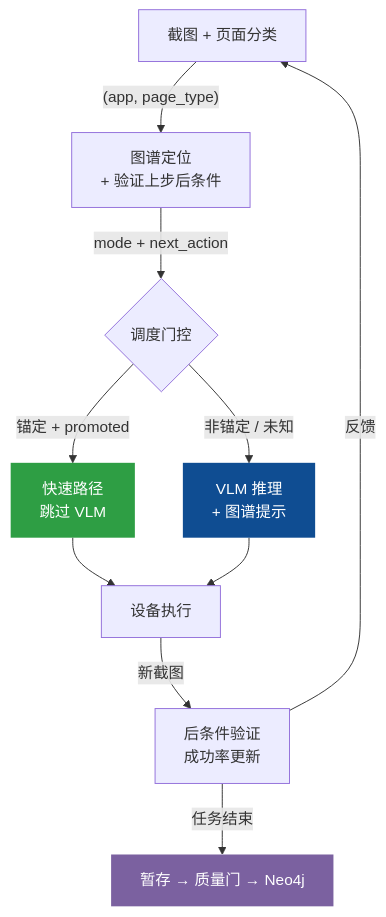
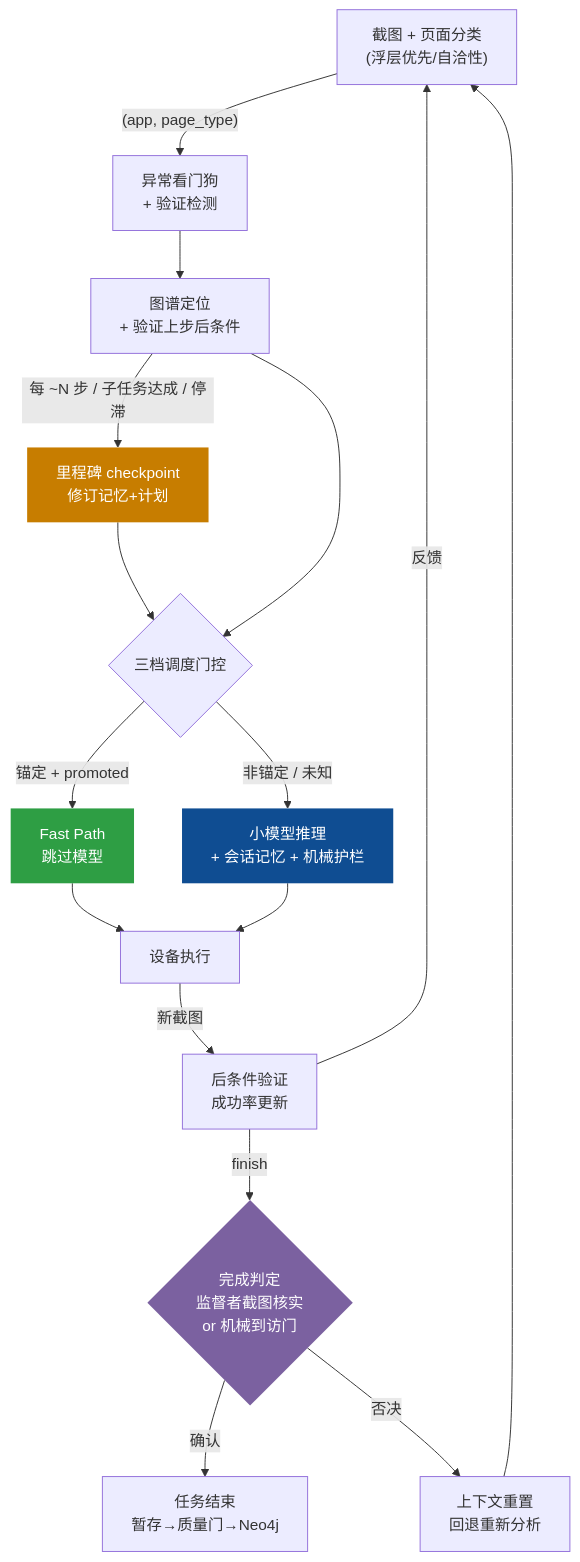
Before and after one commit to He2y/ShoppingClaw: the diagram in phone_agent/docs/ARCHITECTURE_CN.md, drawn with Mermaid. The commit also changed other lines of this file and 1 other file, not shown here.

First line of the commit message:
docs: rewrite ARCHITECTURE EN/CN for the milestone-supervised hybrid design

````diff
--- a/phone_agent/docs/ARCHITECTURE_CN.md
+++ b/phone_agent/docs/ARCHITECTURE_CN.md
@@ -100,16 +117,23 @@
 ```mermaid
 flowchart TD
-    A["截图 + 页面分类"] -->|"(app, page_type)"| B["图谱定位\n+ 验证上步后条件"]
-    B -->|"mode + next_action"| C{"调度门控"}
-    C -->|"锚定 + promoted"| D["快速路径\n跳过 VLM"]
-    C -->|"非锚定 / 未知"| E["VLM 推理\n+ 图谱提示"]
-    D --> F["设备执行"]
-    E --> F
-    F -->|"新截图"| G["后条件验证\n成功率更新"]
-    G -->|"反馈"| A
-    G -->|"任务结束"| H["暂存 → 质量门 → Neo4j"]
+    A["截图 + 页面分类<br/>(浮层优先/自洽性)"] -->|"(app, page_type)"| B["异常看门狗<br/>+ 验证检测"]
+    B --> C["图谱定位<br/>+ 验证上步后条件"]
+    C -->|"每 ~N 步 / 子任务达成 / 停滞"| M["里程碑 checkpoint<br/>修订记忆+计划"]
+    M --> D{"三档调度门控"}
+    C --> D
+    D -->|"锚定 + promoted"| E["Fast Path<br/>跳过模型"]
+    D -->|"非锚定 / 未知"| F["小模型推理<br/>+ 会话记忆 + 机械护栏"]
+    E --> G["设备执行"]
+    F --> G
+    G -->|"新截图"| H["后条件验证<br/>成功率更新"]
+    H -->|"反馈"| A
+    H -->|"finish"| I{"完成判定<br/>监督者截图核实<br/>or 机械到访门"}
+    I -->|"确认"| J["任务结束<br/>暂存→质量门→Neo4j"]
+    I -->|"否决"| K["上下文重置<br/>回退重新分析"]
+    K --> A
 
-    style D fill:#2E9E44,color:#fff,stroke:none
-    style E fill:#0F4D92,color:#fff,stroke:none
-    style H fill:#7B61A0,color:#fff,stroke:none
+    style E fill:#2E9E44,color:#fff,stroke:none
+    style F fill:#0F4D92,color:#fff,stroke:none
+    style M fill:#C77D00,color:#fff,stroke:none
+    style I fill:#7B61A0,color:#fff,stroke:none
 ```
````
